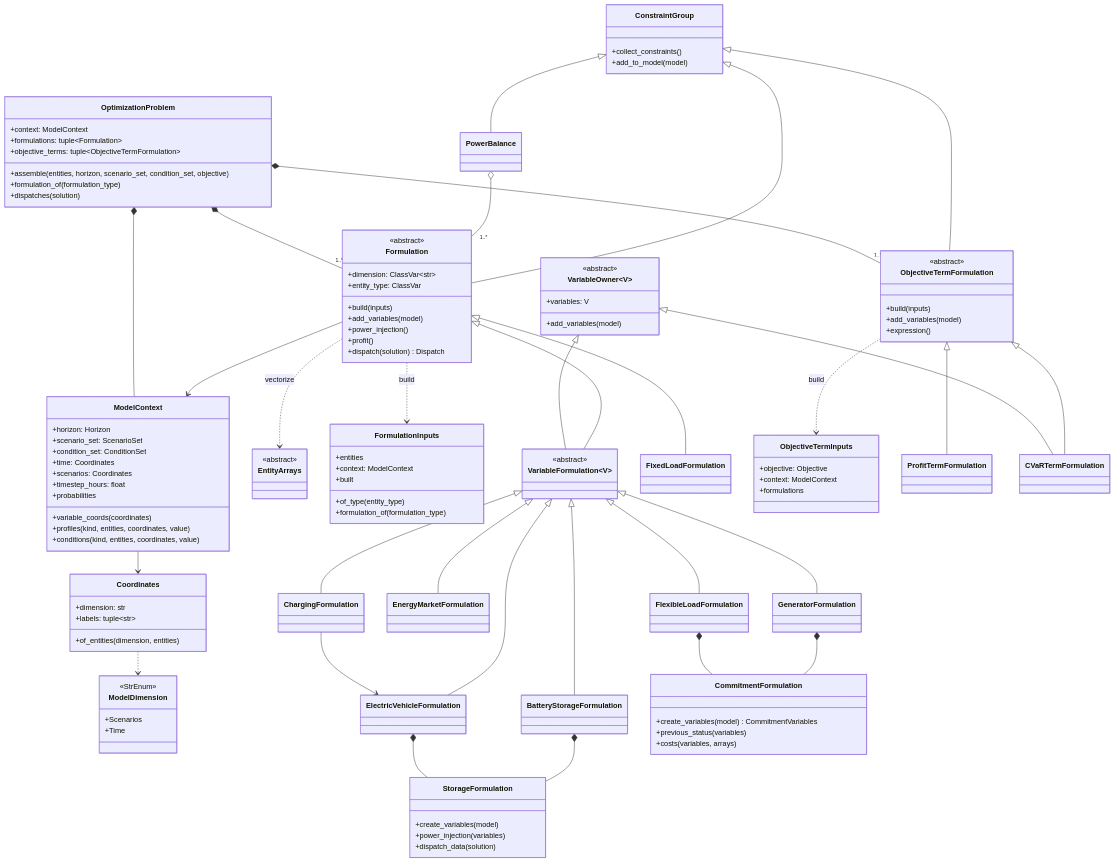
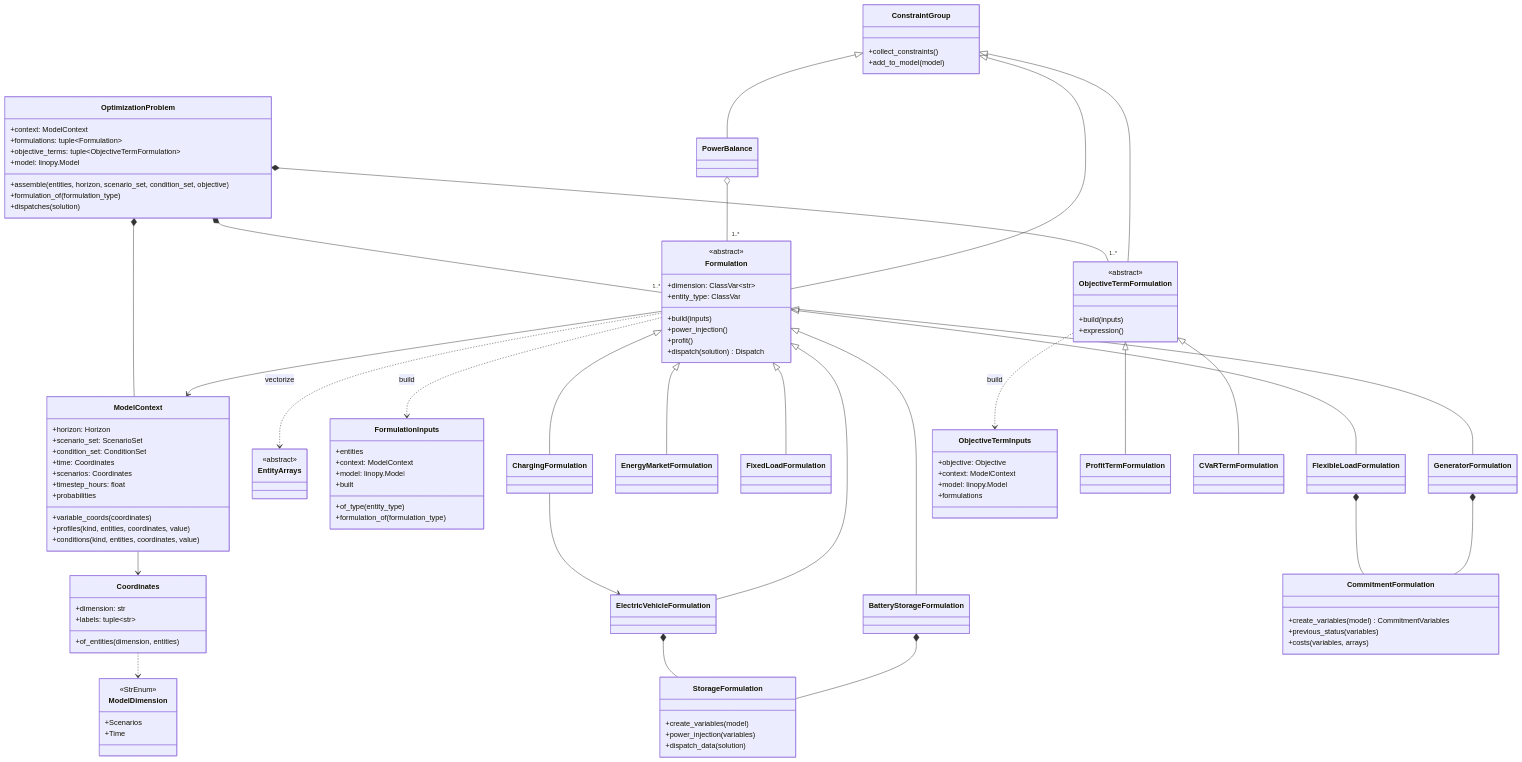
One commit to ramirocrc/odys changed the second of 4 diagrams in docs/developer/data_model.md. Above: the diagram before and after it, drawn with Mermaid. The commit also changed other lines of this file and 45 other files, not shown here.

```diff
--- a/docs/developer/data_model.md
+++ b/docs/developer/data_model.md
@@ -288,14 +288,10 @@
         +collect_constraints()
         +add_to_model(model)
     }
-    class VariableOwner~V~ {
-        <<abstract>>
-        +variables: V
-        +add_variables(model)
-    }
     class FormulationInputs {
         +entities
         +context: ModelContext
+        +model: linopy.Model
         +built
         +of_type(entity_type)
         +formulation_of(formulation_type)
@@ -305,13 +301,9 @@
         +dimension: ClassVar~str~
         +entity_type: ClassVar
         +build(inputs)
-        +add_variables(model)
         +power_injection()
         +profit()
         +dispatch(solution) Dispatch
-    }
-    class VariableFormulation~V~ {
-        <<abstract>>
     }
     class GeneratorFormulation
     class EnergyMarketFormulation
@@ -334,12 +326,12 @@
     class ObjectiveTermInputs {
         +objective: Objective
         +context: ModelContext
+        +model: linopy.Model
         +formulations
     }
     class ObjectiveTermFormulation {
         <<abstract>>
         +build(inputs)
-        +add_variables(model)
         +expression()
     }
     class ProfitTermFormulation
@@ -348,6 +340,7 @@
         +context: ModelContext
         +formulations: tuple~Formulation~
         +objective_terms: tuple~ObjectiveTermFormulation~
+        +model: linopy.Model
         +assemble(entities, horizon, scenario_set, condition_set, objective)
         +formulation_of(formulation_type)
         +dispatches(solution)
@@ -358,15 +351,13 @@
     ConstraintGroup <|-- Formulation
     ConstraintGroup <|-- ObjectiveTermFormulation
     ConstraintGroup <|-- PowerBalance
-    Formulation <|-- VariableFormulation
-    VariableOwner <|-- VariableFormulation
     Formulation <|-- FixedLoadFormulation
-    VariableFormulation <|-- GeneratorFormulation
-    VariableFormulation <|-- EnergyMarketFormulation
-    VariableFormulation <|-- FlexibleLoadFormulation
-    VariableFormulation <|-- BatteryStorageFormulation
-    VariableFormulation <|-- ElectricVehicleFormulation
-    VariableFormulation <|-- ChargingFormulation
+    Formulation <|-- GeneratorFormulation
+    Formulation <|-- EnergyMarketFormulation
+    Formulation <|-- FlexibleLoadFormulation
+    Formulation <|-- BatteryStorageFormulation
+    Formulation <|-- ElectricVehicleFormulation
+    Formulation <|-- ChargingFormulation
     BatteryStorageFormulation *-- StorageFormulation
     ElectricVehicleFormulation *-- StorageFormulation
     GeneratorFormulation *-- CommitmentFormulation
@@ -378,7 +369,6 @@
     PowerBalance o-- "1..*" Formulation
     ObjectiveTermFormulation <|-- ProfitTermFormulation
     ObjectiveTermFormulation <|-- CVaRTermFormulation
-    VariableOwner <|-- CVaRTermFormulation
     ObjectiveTermFormulation ..> ObjectiveTermInputs : build
     OptimizationProblem *-- ModelContext
     OptimizationProblem *-- "1..*" Formulation
```
